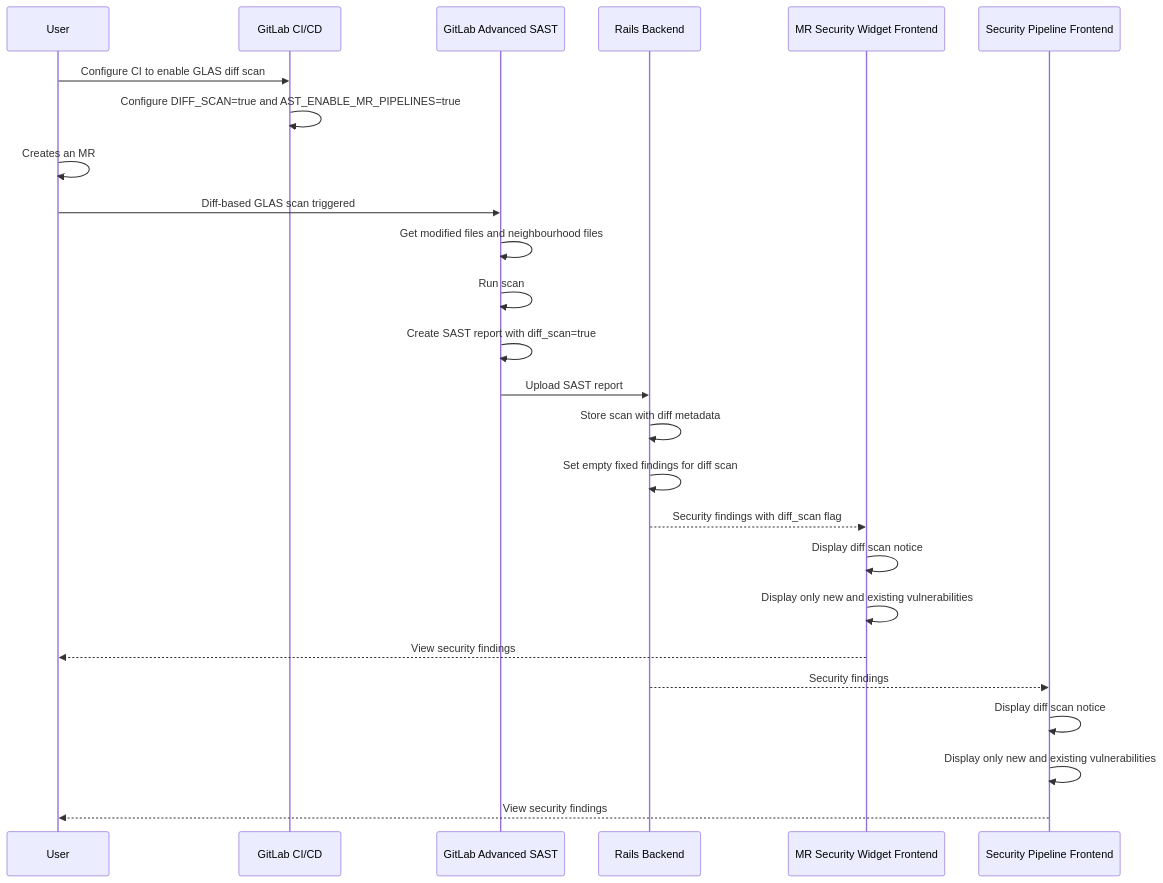
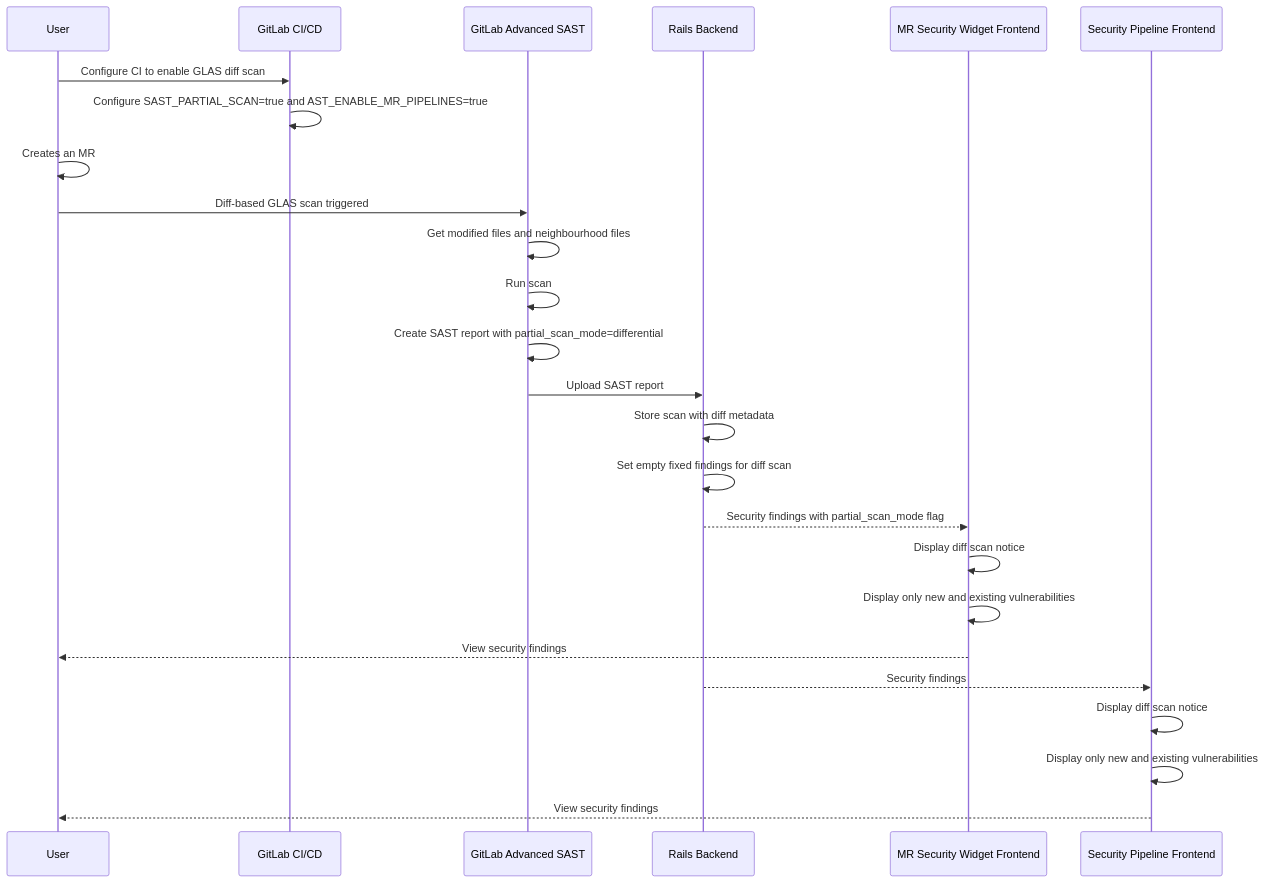
Before and after one commit to zalyoung/gitlab-handbook: the first of 2 diagrams in content/handbook/engineering/architecture/design-documents/sast_glas_diff_scan/_index.md, drawn with Mermaid. The commit also changed other lines of this file, not shown here.

Commit message:
Update proposal to add partial_scan_mode to security scans table

````diff
--- a/content/handbook/engineering/architecture/design-documents/sast_glas_diff_scan/_index.md
+++ b/content/handbook/engineering/architecture/design-documents/sast_glas_diff_scan/_index.md
@@ -55,28 +55,28 @@
 ```mermaid
 sequenceDiagram
     participant User
     participant GitLabCI as GitLab CI/CD
     participant GLAS as GitLab Advanced SAST
     participant Rails as Rails Backend
     participant MR as MR Security Widget Frontend
     participant Pipeline as Security Pipeline Frontend
 
     User->>GitLabCI: Configure CI to enable GLAS diff scan
-    GitLabCI->>GitLabCI: Configure DIFF_SCAN=true and AST_ENABLE_MR_PIPELINES=true
+    GitLabCI->>GitLabCI: Configure SAST_PARTIAL_SCAN=true and AST_ENABLE_MR_PIPELINES=true
     User->>User: Creates an MR
     User->>GLAS: Diff-based GLAS scan triggered
     GLAS->>GLAS: Get modified files and neighbourhood files
     GLAS->>GLAS: Run scan
-    GLAS->>GLAS: Create SAST report with diff_scan=true
+    GLAS->>GLAS: Create SAST report with partial_scan_mode=differential
     GLAS->>Rails: Upload SAST report
     Rails->>Rails: Store scan with diff metadata
     Rails->>Rails: Set empty fixed findings for diff scan
-    Rails-->>MR: Security findings with diff_scan flag
+    Rails-->>MR: Security findings with partial_scan_mode flag
     MR->>MR: Display diff scan notice
     MR->>MR: Display only new and existing vulnerabilities
     MR-->>User: View security findings
     Rails-->>Pipeline: Security findings
     Pipeline->>Pipeline: Display diff scan notice
     Pipeline->>Pipeline: Display only new and existing vulnerabilities
     Pipeline-->>User: View security findings
 ```
````
